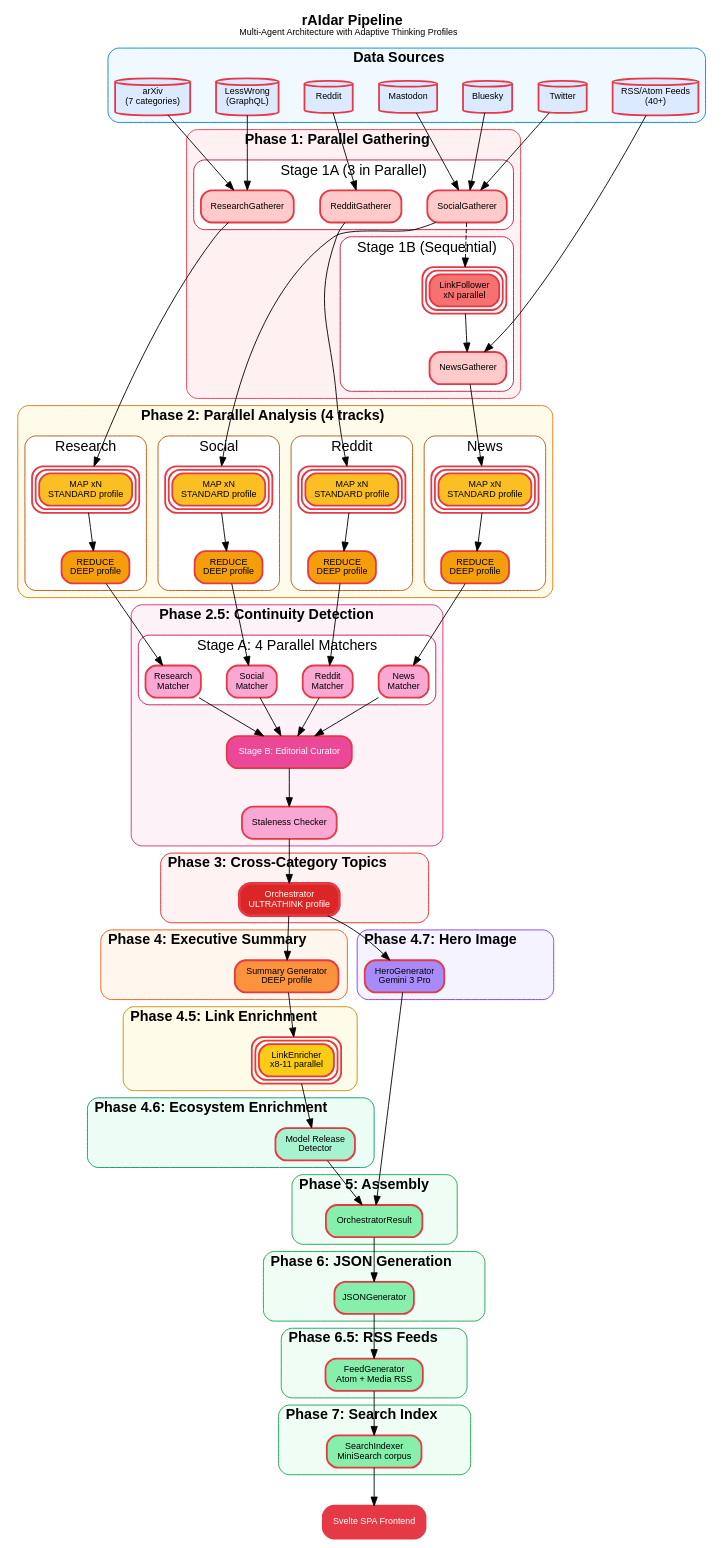
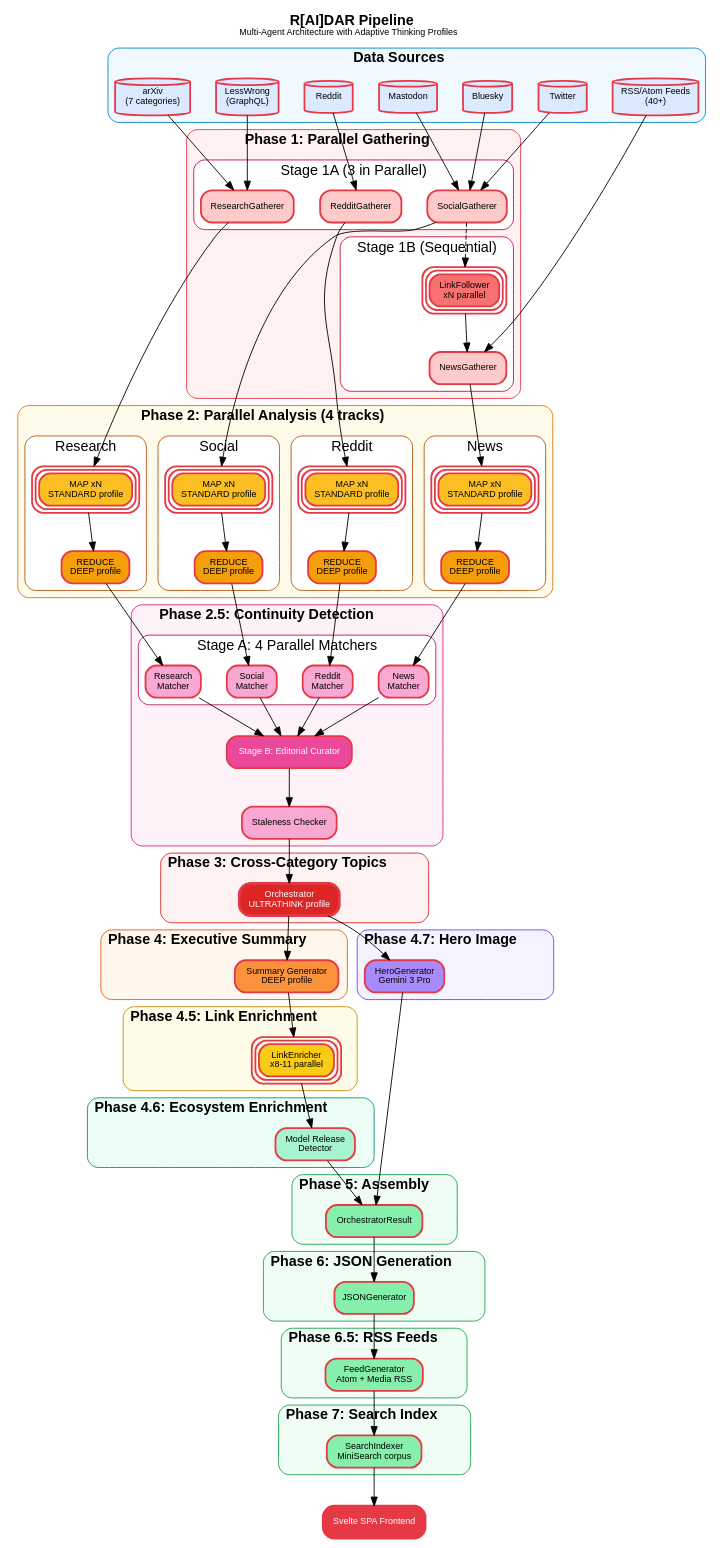
Before and after one commit to BlockFrame/AI-Observatory: the diagram in assets/pipeline.dot, drawn with Graphviz. The commit also changed 76 other files, not shown here.

```diff
--- a/assets/pipeline.dot
+++ b/assets/pipeline.dot
@@ -13,7 +13,7 @@
 
     // Title
     labelloc="t";
-    label=<<B>rAIdar Pipeline</B><BR/><FONT POINT-SIZE="10">Multi-Agent Architecture with Adaptive Thinking Profiles</FONT>>;
+    label=<<B>R[AI]DAR Pipeline</B><BR/><FONT POINT-SIZE="10">Multi-Agent Architecture with Adaptive Thinking Profiles</FONT>>;
     fontsize=16;
 
     // DATA SOURCES
```
